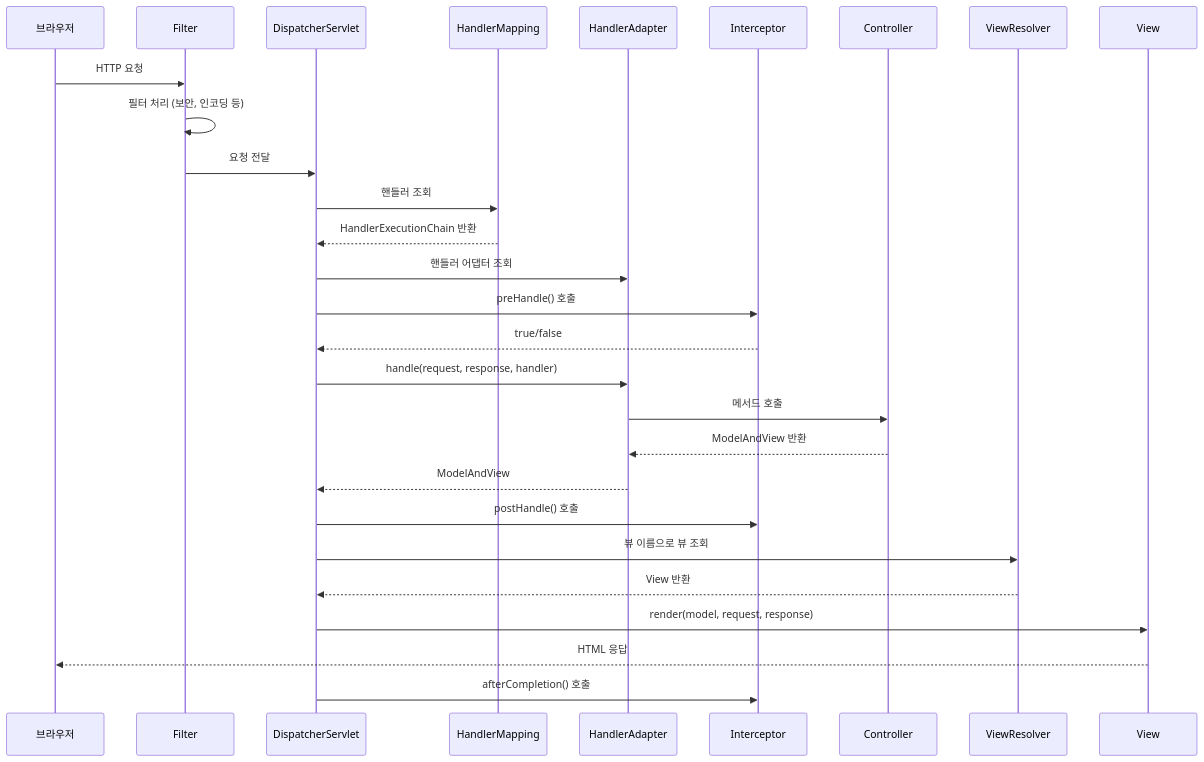
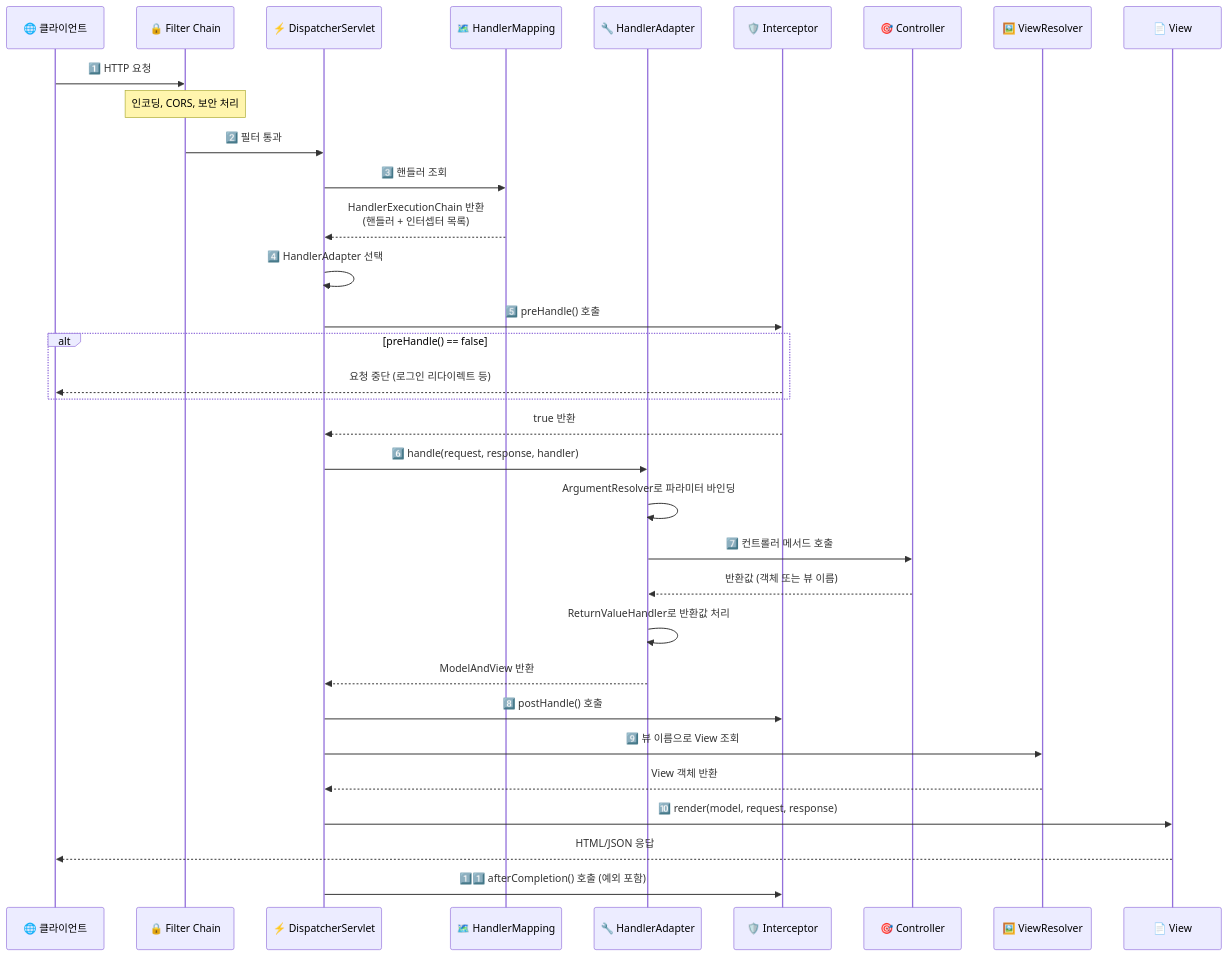
Before and after one commit to yjkim2015/yjkim2015.github.io: the third of 10 diagrams in _posts/spring/2026-05-02-spring-mvc-deep.md, drawn with Mermaid. The commit also changed other lines of this file and 32 other files, not shown here.

````diff
--- a/_posts/spring/2026-05-02-spring-mvc-deep.md
+++ b/_posts/spring/2026-05-02-spring-mvc-deep.md
@@ -119,31 +150,36 @@
 ```mermaid
 sequenceDiagram
-    participant B as 브라우저
-    participant F as Filter
-    participant DS as DispatcherServlet
-    participant HM as HandlerMapping
-    participant HA as HandlerAdapter
-    participant I as Interceptor
-    participant C as Controller
-    participant VR as ViewResolver
-    participant V as View
+    participant B as 🌐 클라이언트
+    participant F as 🔒 Filter Chain
+    participant DS as ⚡ DispatcherServlet
+    participant HM as 🗺️ HandlerMapping
+    participant HA as 🔧 HandlerAdapter
+    participant I as 🛡️ Interceptor
+    participant C as 🎯 Controller
+    participant VR as 🖼️ ViewResolver
+    participant V as 📄 View
 
-    B->>F: HTTP 요청
-    F->>F: 필터 처리 (보안, 인코딩 등)
-    F->>DS: 요청 전달
-    DS->>HM: 핸들러 조회
-    HM-->>DS: HandlerExecutionChain 반환
-    DS->>HA: 핸들러 어댑터 조회
-    DS->>I: preHandle() 호출
-    I-->>DS: true/false
-    DS->>HA: handle(request, response, handler)
-    HA->>C: 메서드 호출
-    C-->>HA: ModelAndView 반환
-    HA-->>DS: ModelAndView
-    DS->>I: postHandle() 호출
-    DS->>VR: 뷰 이름으로 뷰 조회
-    VR-->>DS: View 반환
-    DS->>V: render(model, request, response)
-    V-->>B: HTML 응답
-    DS->>I: afterCompletion() 호출
+    B->>F: 1️⃣ HTTP 요청
+    Note over F: 인코딩, CORS, 보안 처리
+    F->>DS: 2️⃣ 필터 통과
+    DS->>HM: 3️⃣ 핸들러 조회
+    HM-->>DS: HandlerExecutionChain 반환<br/>(핸들러 + 인터셉터 목록)
+    DS->>DS: 4️⃣ HandlerAdapter 선택
+    DS->>I: 5️⃣ preHandle() 호출
+    alt preHandle() == false
+        I-->>B: 요청 중단 (로그인 리다이렉트 등)
+    end
+    I-->>DS: true 반환
+    DS->>HA: 6️⃣ handle(request, response, handler)
+    HA->>HA: ArgumentResolver로 파라미터 바인딩
+    HA->>C: 7️⃣ 컨트롤러 메서드 호출
+    C-->>HA: 반환값 (객체 또는 뷰 이름)
+    HA->>HA: ReturnValueHandler로 반환값 처리
+    HA-->>DS: ModelAndView 반환
+    DS->>I: 8️⃣ postHandle() 호출
+    DS->>VR: 9️⃣ 뷰 이름으로 View 조회
+    VR-->>DS: View 객체 반환
+    DS->>V: 🔟 render(model, request, response)
+    V-->>B: HTML/JSON 응답
+    DS->>I: 1️⃣1️⃣ afterCompletion() 호출 (예외 포함)
 ```
````
